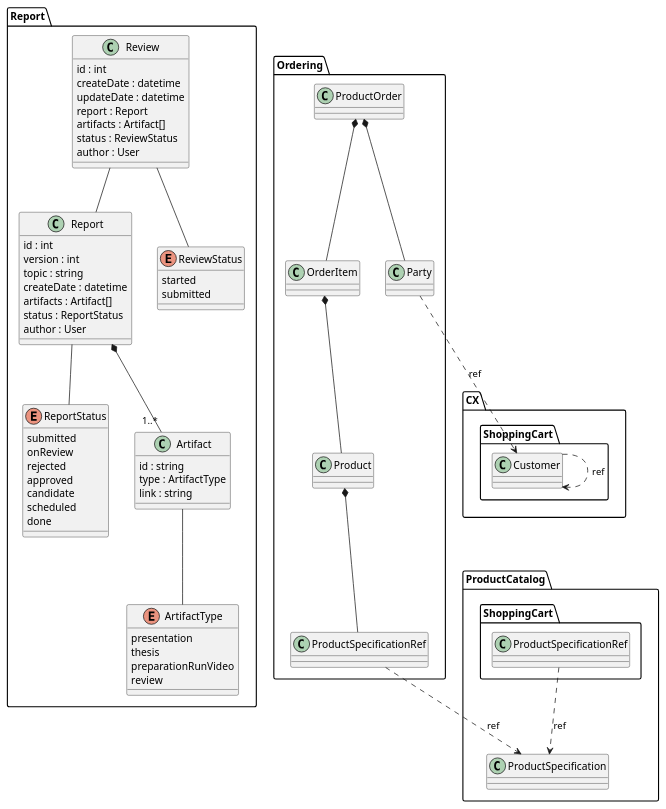
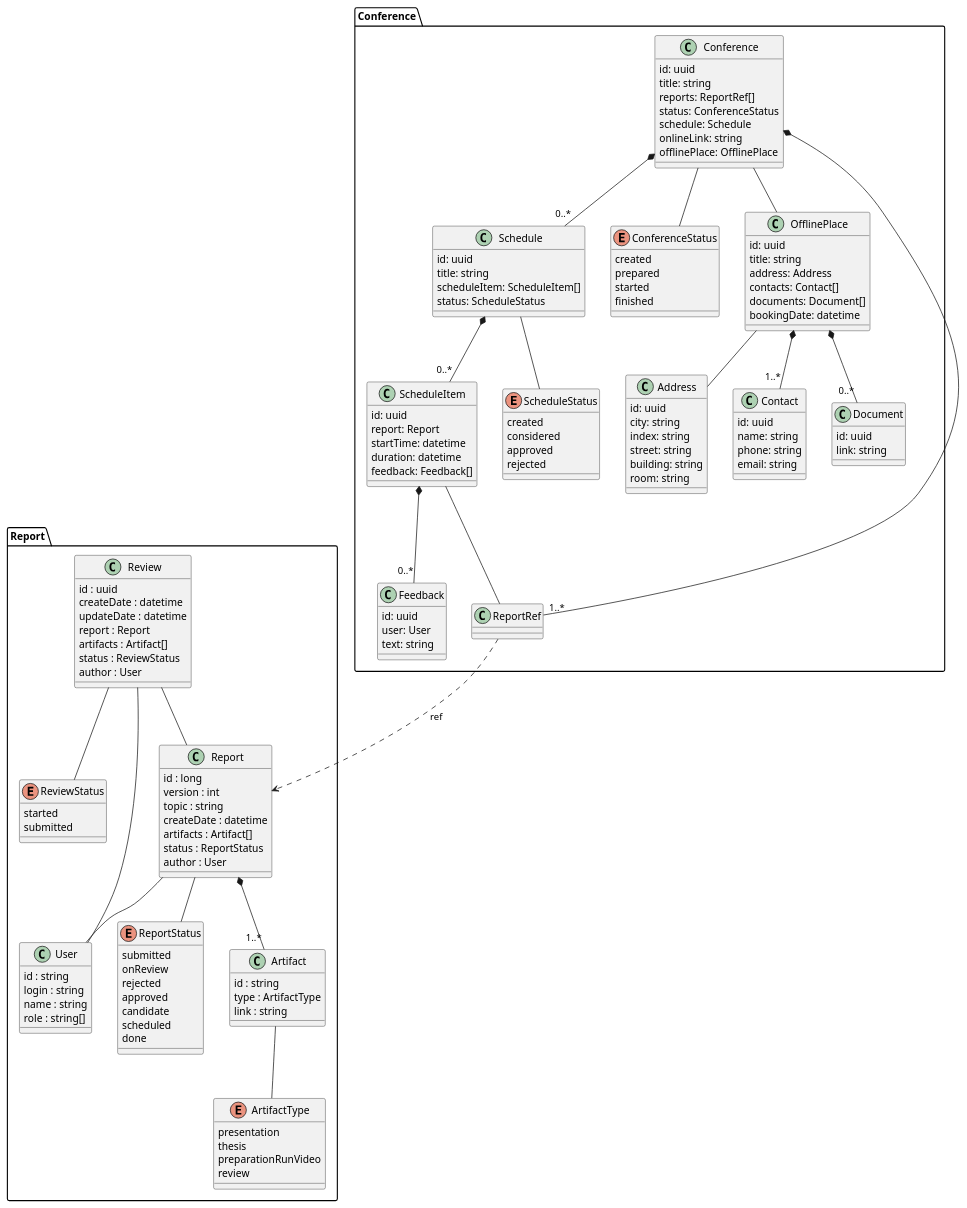
The diagram in docs/data/data.md (Xboctus/mts-arch-school-basic-2023), drawn with PlantUML before and after one commit. The commit also changed 2 other files, not shown here.

Commit message:
Task 3 additional changes

````diff
--- a/docs/data/data.md
+++ b/docs/data/data.md
@@ -12,7 +12,7 @@
 
  class Report
  {
-  id : int
+  id : long
   version : int
   topic : string
   createDate : datetime
@@ -23,7 +23,7 @@
  
  class Review
  {
-  id : int
+  id : uuid
   createDate : datetime
   updateDate : datetime
   report : Report
@@ -56,6 +56,14 @@
   link : string
  }
  
+ class User
+ {
+  id : string
+  login : string
+  name : string
+  role : string[]
+ }
+ 
  enum ArtifactType
  {
   presentation
@@ -66,26 +74,107 @@
  
  Report *-- "1..*" Artifact
  Report -- ReportStatus
+ Report -- User
  Review -- ReviewStatus
  Review -- Report
+ Review -- User
  Artifact -- ArtifactType
 }
 
-namespace Ordering {
- ProductOrder *-- OrderItem
- OrderItem *-- Product
- Product *-- ProductSpecificationRef
- ProductOrder *-- Party
+namespace Conference {
+
+class Conference {
+    id: uuid
+    title: string
+    reports: ReportRef[]
+    status: ConferenceStatus
+    schedule: Schedule
+    onlineLink: string
+    offlinePlace: OfflinePlace
 }
 
-namespace ProductCatalog {
- ShoppingCart.ProductSpecificationRef ..> ProductSpecification : ref
- Ordering.ProductSpecificationRef ..> ProductSpecification : ref
+class Schedule {
+    id: uuid
+    title: string
+    scheduleItem: ScheduleItem[]
+    status: ScheduleStatus
 }
 
-namespace CX {
- ShoppingCart.Customer ..> Customer : ref
- Ordering.Party ..> Customer : ref
+class ScheduleItem {
+    id: uuid
+    report: Report
+    startTime: datetime
+    duration: datetime
+    feedback: Feedback[]
 }
+
+class Feedback {
+    id: uuid
+    user: User
+    text: string
+}
+
+
+enum ScheduleStatus
+ {
+  created
+  considered
+  approved
+  rejected
+ }
+
+
+enum ConferenceStatus
+ {
+  created
+  prepared
+  started
+  finished
+ }
+ 
+ class OfflinePlace {
+    id: uuid
+    title: string
+    address: Address
+    contacts: Contact[]
+    documents: Document[]
+    bookingDate: datetime
+}
+
+class Address {
+    id: uuid
+    city: string
+    index: string
+    street: string
+    building: string
+    room: string
+}
+
+class Contact {
+    id: uuid
+    name: string
+    phone: string
+    email: string
+}
+
+class Document {
+    id: uuid
+    link: string
+}
+
+ Conference.Conference *--"1..*" Conference.ReportRef
+ Conference.ReportRef ..> Report.Report : ref
+ Conference -- ConferenceStatus
+ Conference *-- "0..*" Schedule 
+ Schedule -- ScheduleStatus
+ Schedule *-- "0..*" ScheduleItem
+ Conference.ScheduleItem -- Conference.ReportRef
+ Conference -- OfflinePlace
+ OfflinePlace -- Address
+ OfflinePlace *-- "1..*" Contact
+ OfflinePlace *-- "0..*" Document
+ ScheduleItem *-- "0..*" Feedback
+}
+
 @enduml
 ```
````
